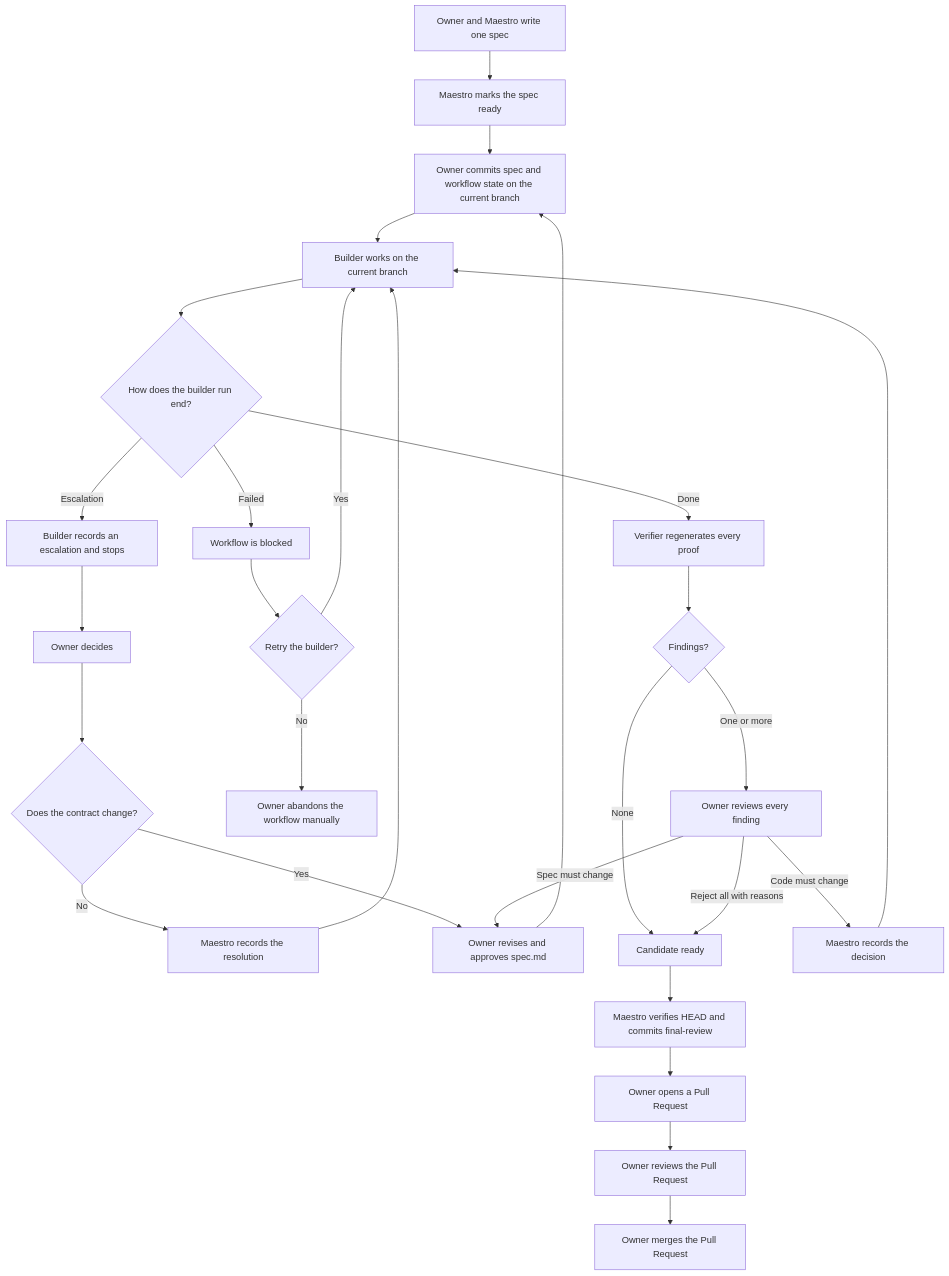
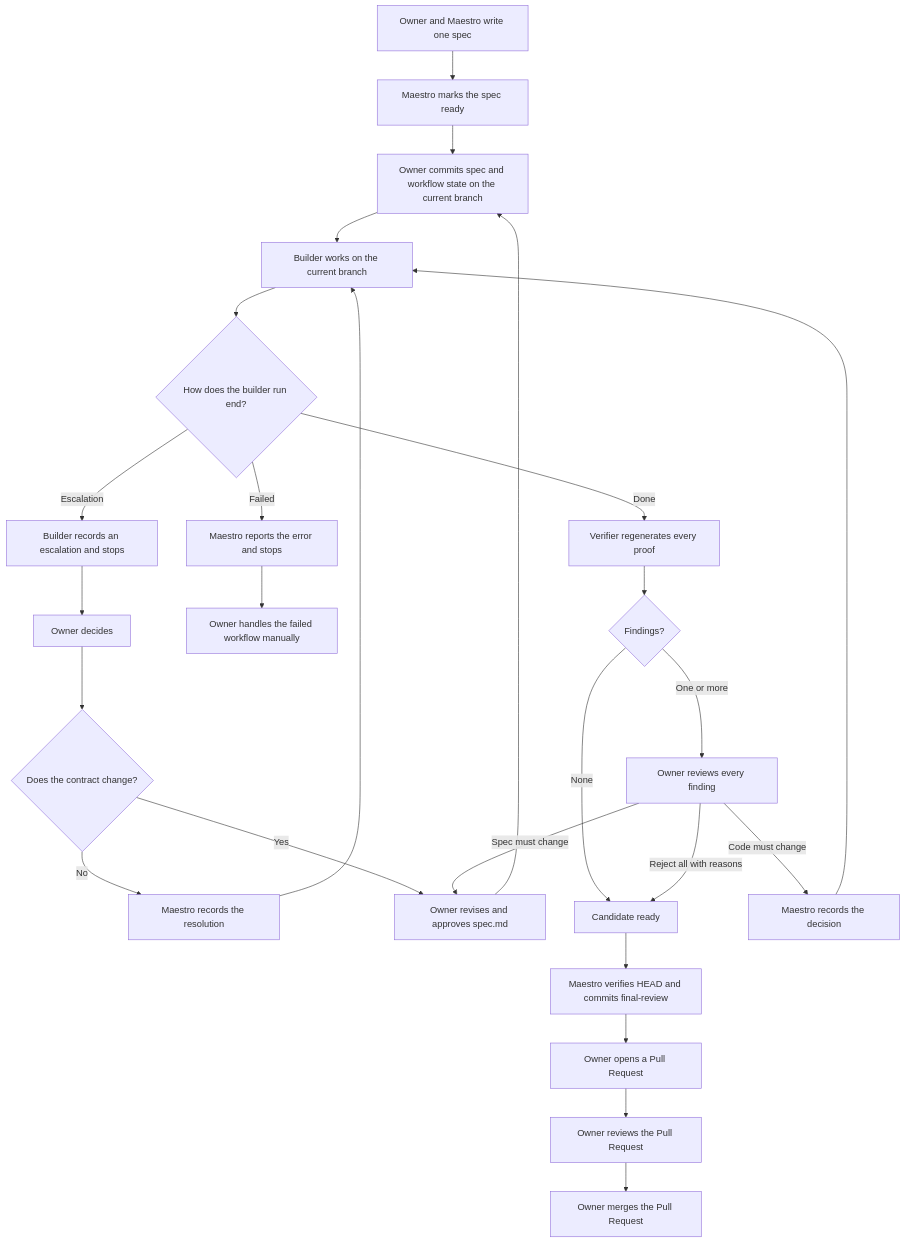
Before and after one commit to emilioSp/pi-maestro: the diagram in docs/workflow.md, drawn with Mermaid. The commit also changed other lines of this file, not shown here.

````diff
--- a/docs/workflow.md
+++ b/docs/workflow.md
@@ -78,42 +78,40 @@
 ```mermaid
 flowchart TD
     spec[Owner and Maestro write one spec]
     ready[Maestro marks the spec ready]
     approval[Owner commits spec and workflow state on the current branch]
     build[Builder works on the current branch]
     buildOutcome{How does the builder run end?}
 
     spec --> ready
     ready --> approval
     approval --> build
     build --> buildOutcome
 
     buildOutcome -->|Escalation| escalation[Builder records an escalation and stops]
     escalation --> ownerAnswer[Owner decides]
     ownerAnswer --> escalationOutcome{Does the contract change?}
     escalationOutcome -->|No| recordContinue[Maestro records the resolution]
     recordContinue --> build
     escalationOutcome -->|Yes| reviseSpec[Owner revises and approves spec.md]
     reviseSpec --> approval
 
-    buildOutcome -->|Failed| builderFailed[Workflow is blocked]
-    builderFailed --> retryBuilder{Retry the builder?}
-    retryBuilder -->|Yes| build
-    retryBuilder -->|No| abandoned[Owner abandons the workflow manually]
+    buildOutcome -->|Failed| builderFailed[Maestro reports the error and stops]
+    builderFailed --> abandoned[Owner handles the failed workflow manually]
 
     buildOutcome -->|Done| verify[Verifier regenerates every proof]
     verify --> findings{Findings?}
 
     findings -->|None| candidate[Candidate ready]
     findings -->|One or more| ownerFindings[Owner reviews every finding]
 
     ownerFindings -->|Reject all with reasons| candidate
     ownerFindings -->|Code must change| returnBuilder[Maestro records the decision]
     returnBuilder --> build
     ownerFindings -->|Spec must change| reviseSpec
 
     candidate --> finalReview[Maestro verifies HEAD and commits final-review]
     finalReview --> pullRequest[Owner opens a Pull Request]
     pullRequest --> ownerReview[Owner reviews the Pull Request]
     ownerReview --> merge[Owner merges the Pull Request]
 ```
````
